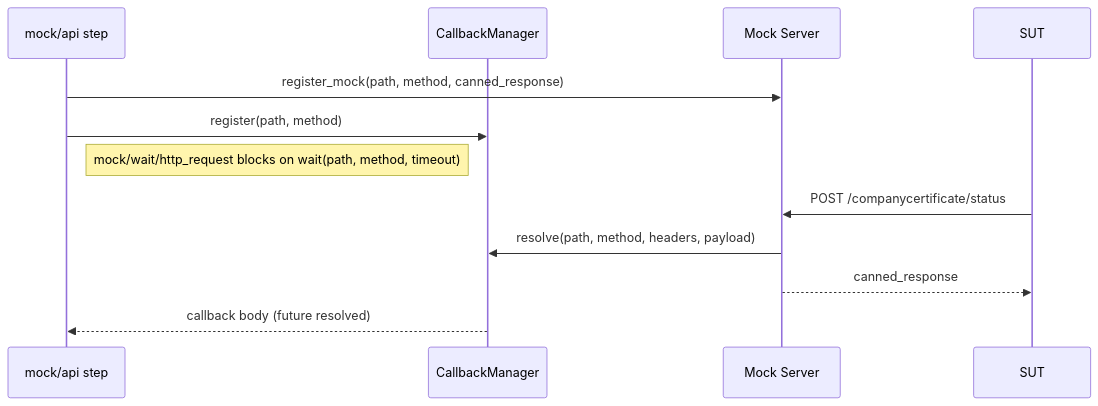
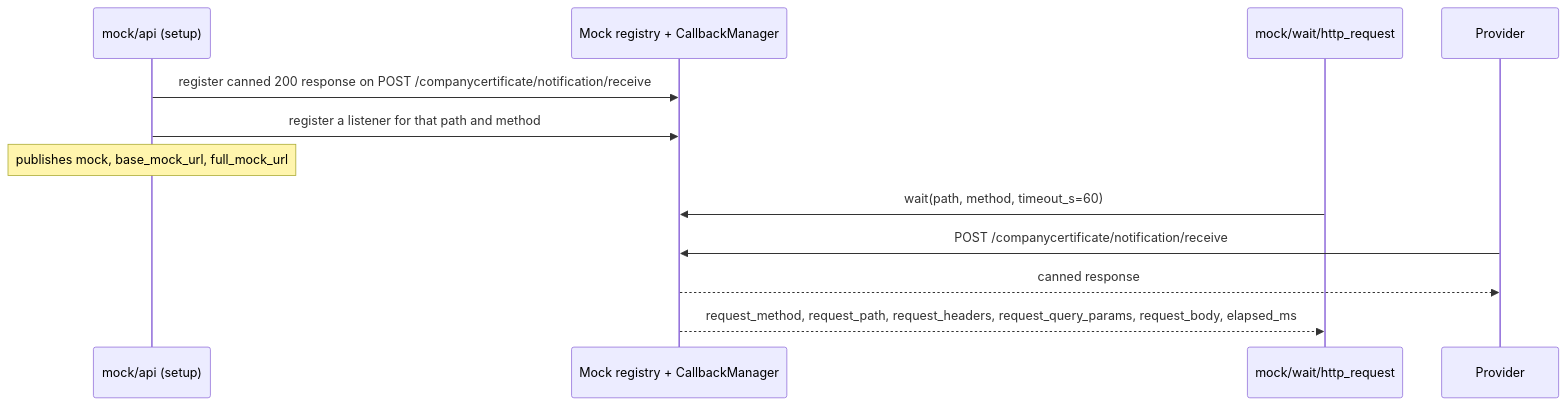
One commit to eclipse-tractusx/tractusx-testlab changed the third of 3 diagrams in docs/tutorials/ccm-architecture-guide.md. Above: the diagram before and after it, drawn with Mermaid. The commit also changed other lines of this file and 61 other files, not shown here.

````diff
--- a/docs/tutorials/ccm-architecture-guide.md
+++ b/docs/tutorials/ccm-architecture-guide.md
@@ -120,15 +258,15 @@
 ```mermaid
 sequenceDiagram
-    participant Step as mock/api step
-    participant CM as CallbackManager
-    participant Mock as Mock Server
-    participant SUT as SUT
+    participant Setup as mock/api (setup)
+    participant Reg as Mock registry + CallbackManager
+    participant Wait as mock/wait/http_request
+    participant SUT as Provider
 
-    Step->>Mock: register_mock(path, method, canned_response)
-    Step->>CM: register(path, method)
-    Note right of Step: mock/wait/http_request blocks on wait(path, method, timeout)
-    SUT->>Mock: POST /companycertificate/status
-    Mock->>CM: resolve(path, method, headers, payload)
-    Mock-->>SUT: canned_response
-    CM-->>Step: callback body (future resolved)
+    Setup->>Reg: register canned 200 response on POST /companycertificate/notification/receive
+    Setup->>Reg: register a listener for that path and method
+    Note over Setup: publishes mock, base_mock_url, full_mock_url
+    Wait->>Reg: wait(path, method, timeout_s=60)
+    SUT->>Reg: POST /companycertificate/notification/receive
+    Reg-->>SUT: canned response
+    Reg-->>Wait: request_method, request_path, request_headers, request_query_params, request_body, elapsed_ms
 ```
````
